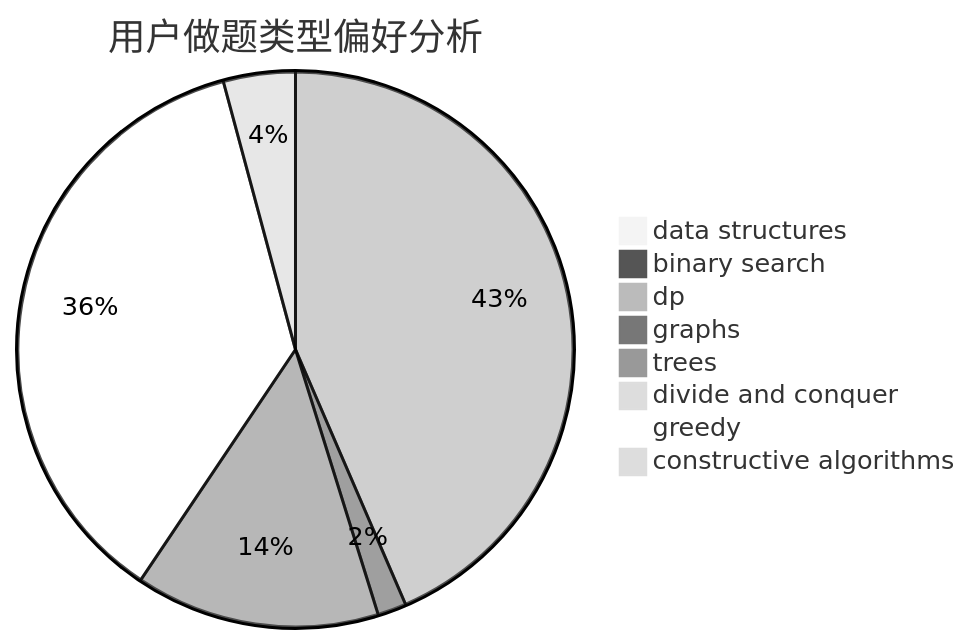
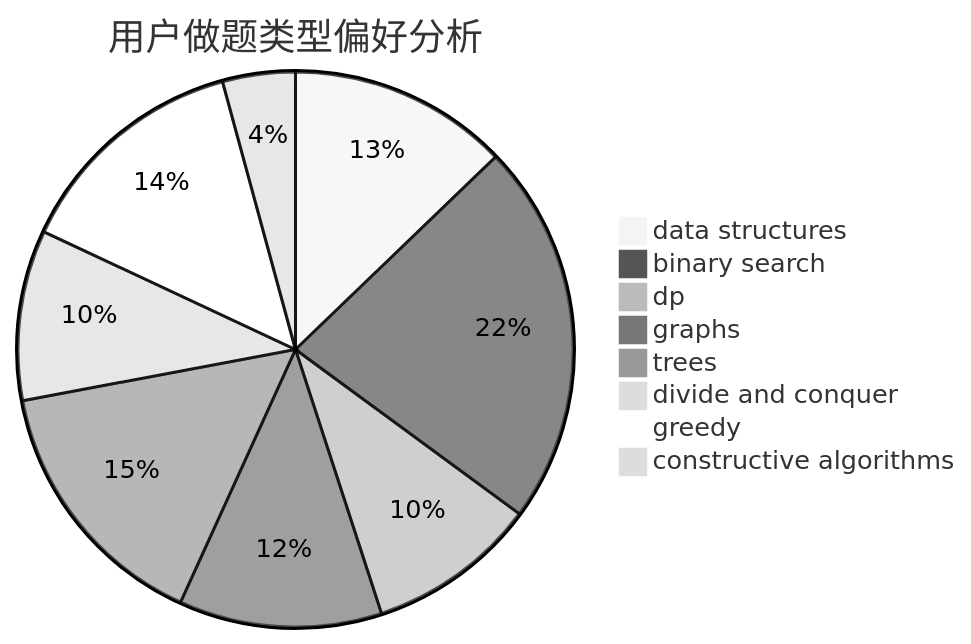
One commit to sherpahu/cfrs.github.io changed the second of 3 diagrams in docs/user/u571.md. Above: the diagram before and after it, drawn with Mermaid (neutral theme). The commit also changed other lines of this file and 2770 other files, not shown here.

````diff
--- a/docs/user/u571.md
+++ b/docs/user/u571.md
@@ -23,11 +23,11 @@
 ```mermaid
 pie title 用户做题类型偏好分析
-    "data structures" :  0
-    "binary search" :  2
-    "dp" :  104
-    "graphs" :  4
-    "trees" :  34
-    "divide and conquer" :  0
-    "greedy" :  87
-    "constructive algorithms" :  10
+    "data structures" :  115
+    "binary search" :  200
+    "dp" :  89
+    "graphs" :  106
+    "trees" :  137
+    "divide and conquer" :  89
+    "greedy" :  124
+    "constructive algorithms" :  38
 ```
````
